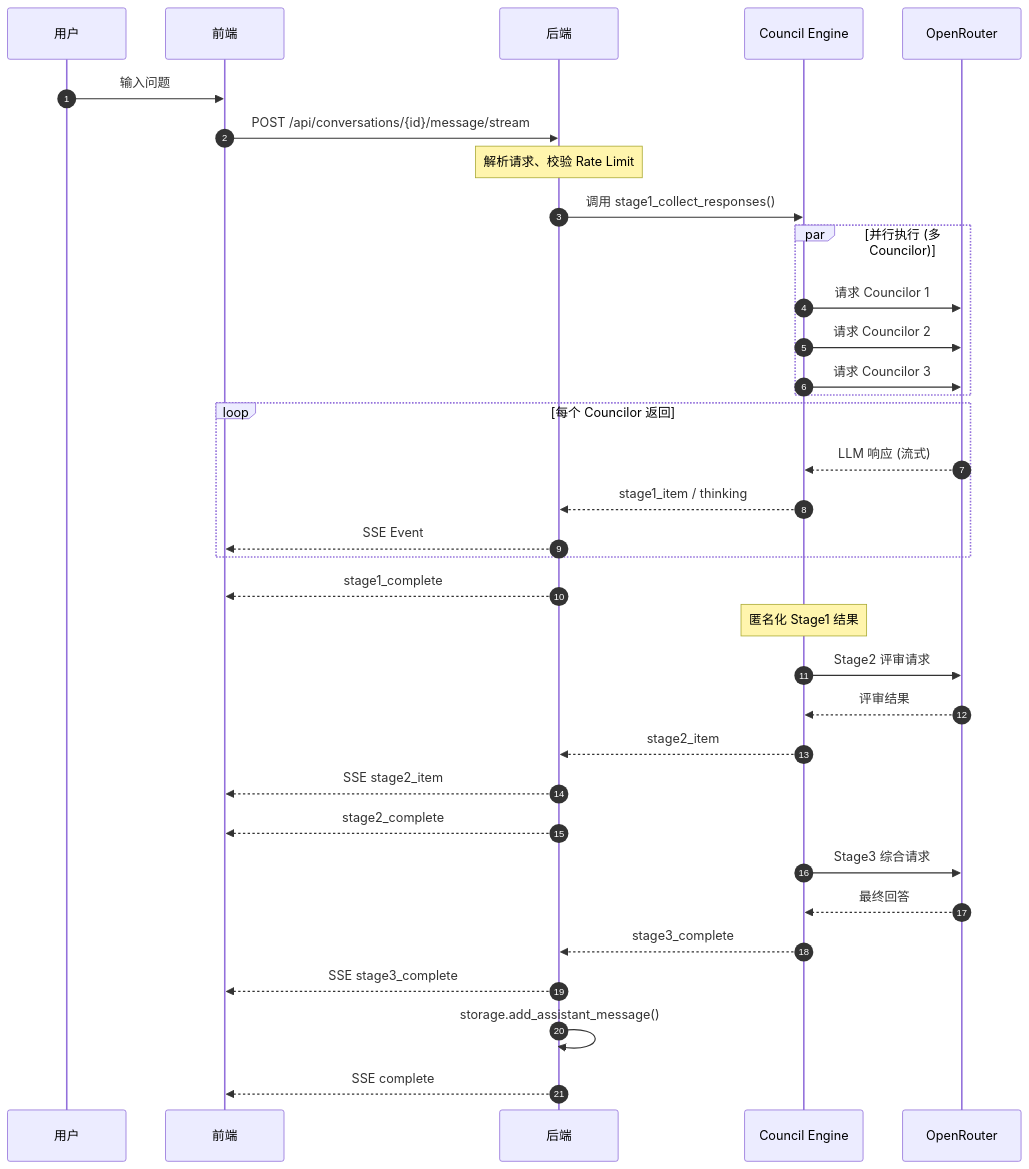
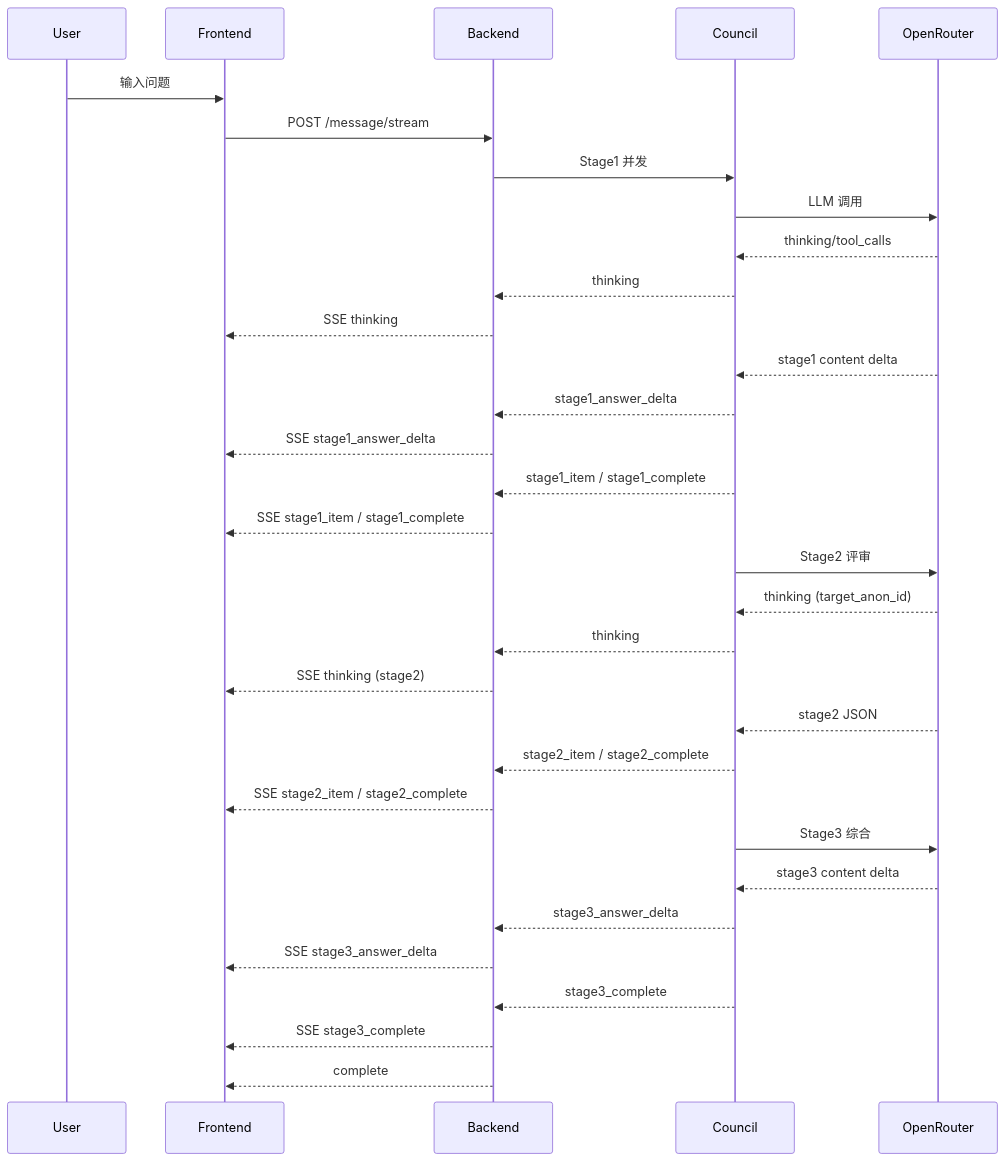
The diagram in docs/Architecture.md (JGPliskin/llm_council_sentinel), drawn with Mermaid before and after one commit. The commit also changed other lines of this file and 74 other files, not shown here.

First line of the commit message:
Feat/update stage2 thinking process (#14)

````diff
--- a/docs/Architecture.md
+++ b/docs/Architecture.md
@@ -245,45 +108,41 @@
 ```mermaid
 sequenceDiagram
-    autonumber
-    participant U as 用户
-    participant FE as 前端
-    participant BE as 后端
-    participant C as Council Engine
+    participant U as User
+    participant FE as Frontend
+    participant BE as Backend
+    participant C as Council
     participant OR as OpenRouter
 
     U->>FE: 输入问题
-    FE->>BE: POST /api/conversations/{id}/message/stream
-    
-    Note over BE: 解析请求、校验 Rate Limit
-    BE->>C: 调用 stage1_collect_responses()
-    
-    par 并行执行 (多 Councilor)
-        C->>OR: 请求 Councilor 1
-        C->>OR: 请求 Councilor 2
-        C->>OR: 请求 Councilor 3
-    end
-    
-    loop 每个 Councilor 返回
-        OR-->>C: LLM 响应 (流式)
-        C-->>BE: stage1_item / thinking
-        BE-->>FE: SSE Event
-    end
-    
-    BE-->>FE: stage1_complete
-    
-    Note over C: 匿名化 Stage1 结果
-    
-    C->>OR: Stage2 评审请求
-    OR-->>C: 评审结果
-    C-->>BE: stage2_item
-    BE-->>FE: SSE stage2_item
-    BE-->>FE: stage2_complete
-    
-    C->>OR: Stage3 综合请求
-    OR-->>C: 最终回答
+    FE->>BE: POST /message/stream
+    BE->>C: Stage1 并发
+    C->>OR: LLM 调用
+    OR-->>C: thinking/tool_calls
+    C-->>BE: thinking
+    BE-->>FE: SSE thinking
+
+    OR-->>C: stage1 content delta
+    C-->>BE: stage1_answer_delta
+    BE-->>FE: SSE stage1_answer_delta
+
+    C-->>BE: stage1_item / stage1_complete
+    BE-->>FE: SSE stage1_item / stage1_complete
+
+    C->>OR: Stage2 评审
+    OR-->>C: thinking (target_anon_id)
+    C-->>BE: thinking
+    BE-->>FE: SSE thinking (stage2)
+
+    OR-->>C: stage2 JSON
+    C-->>BE: stage2_item / stage2_complete
+    BE-->>FE: SSE stage2_item / stage2_complete
+
+    C->>OR: Stage3 综合
+    OR-->>C: stage3 content delta
+    C-->>BE: stage3_answer_delta
+    BE-->>FE: SSE stage3_answer_delta
+
     C-->>BE: stage3_complete
     BE-->>FE: SSE stage3_complete
-    
-    BE->>BE: storage.add_assistant_message()
-    BE-->>FE: SSE complete
+    BE-->>FE: complete
 ```
````
